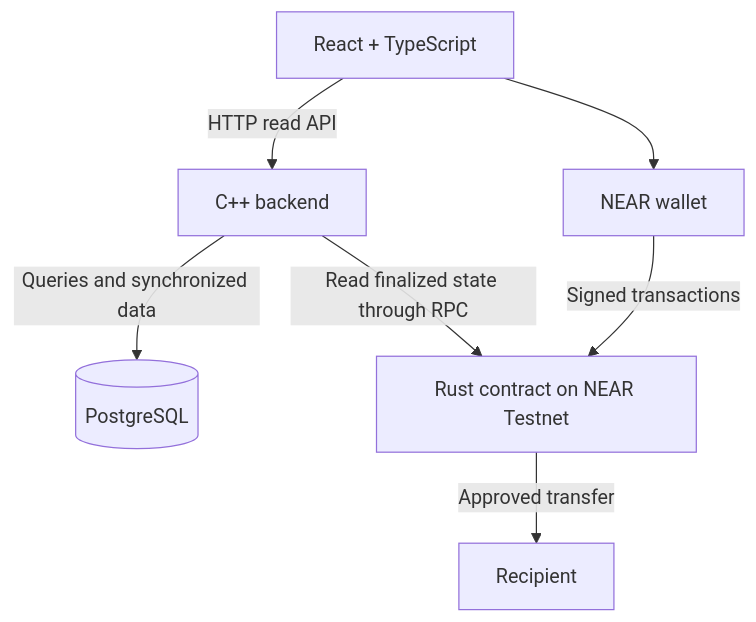
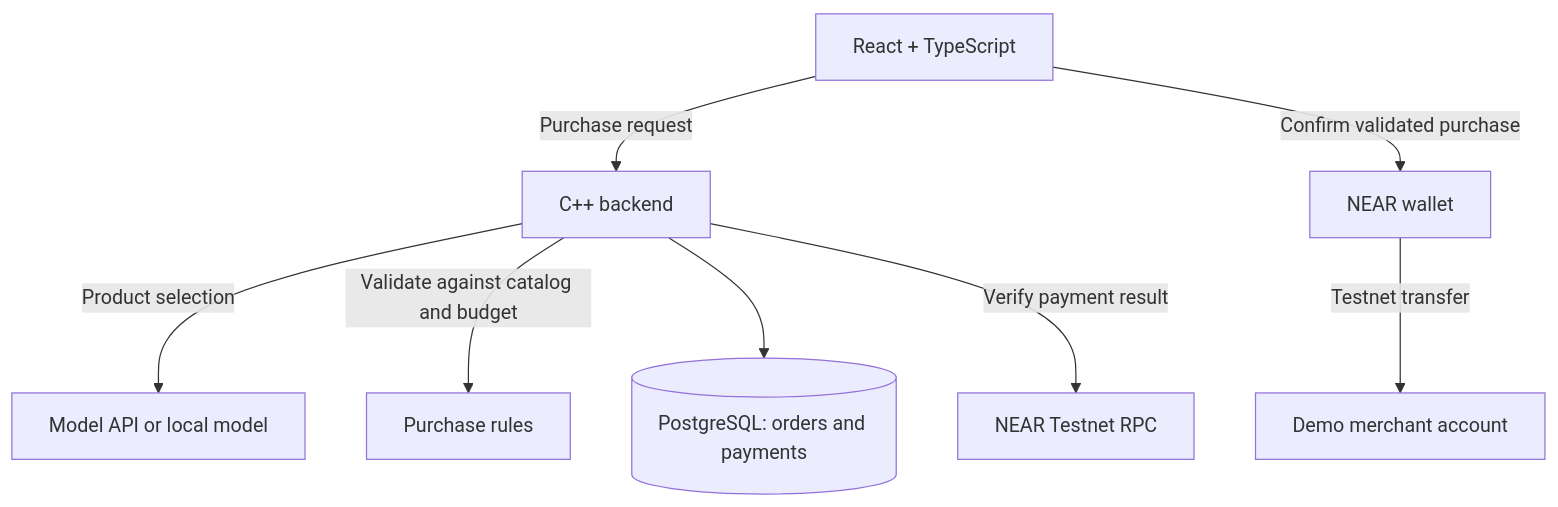
One commit to sashcheka/near-hackathon-mogger changed the diagram in README.md. Above: the diagram before and after it, drawn with Mermaid. The commit also changed other lines of this file and 10 other files, not shown here.

````diff
--- a/README.md
+++ b/README.md
@@ -17,9 +9,10 @@
 ```mermaid
 flowchart TD
-    UI[React + TypeScript] -->|HTTP read API| API[C++ backend]
-    API -->|Queries and synchronized data| DB[(PostgreSQL)]
-    UI --> Wallet[NEAR wallet]
-    Wallet -->|Signed transactions| Contract[Rust contract on NEAR Testnet]
-    API -->|Read finalized state through RPC| Contract
-    Contract -->|Approved transfer| Recipient[Recipient]
+    UI[React + TypeScript] -->|Purchase request| API[C++ backend]
+    API -->|Product selection| AI[Model API or local model]
+    API -->|Validate against catalog and budget| Policy[Purchase rules]
+    API --> DB[(PostgreSQL: orders and payments)]
+    UI -->|Confirm validated purchase| Wallet[NEAR wallet]
+    Wallet -->|Testnet transfer| Store[Demo merchant account]
+    API -->|Verify payment result| RPC[NEAR Testnet RPC]
 ```
````
